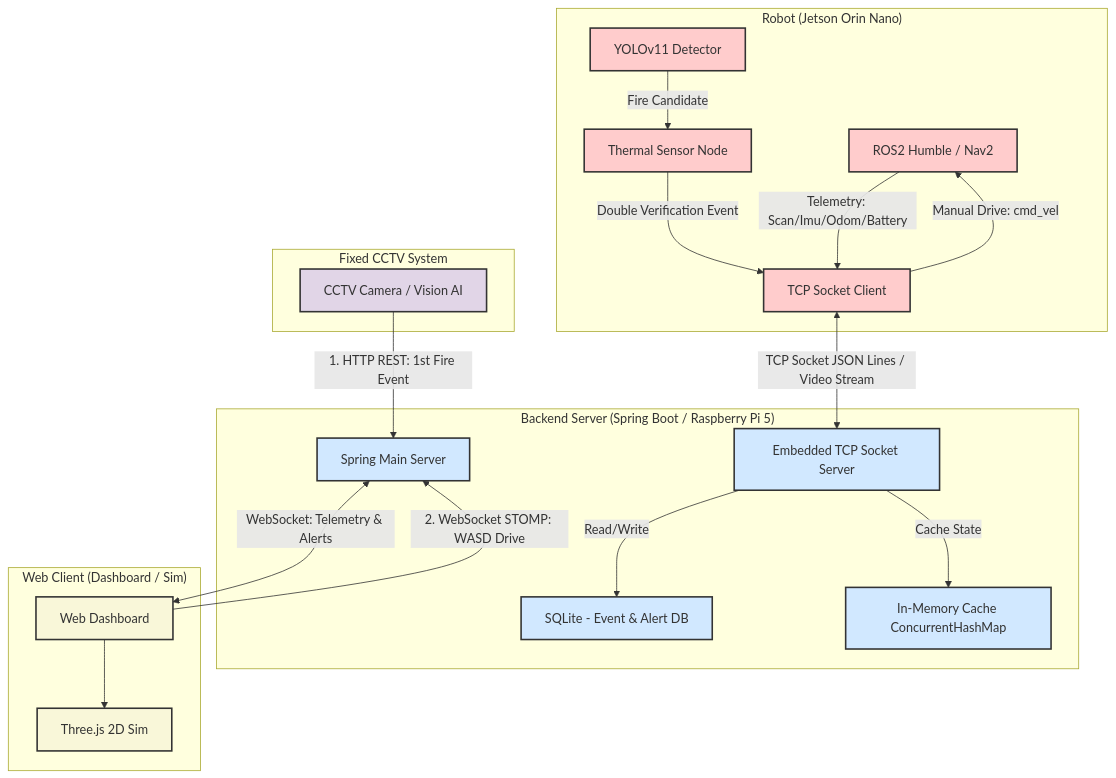
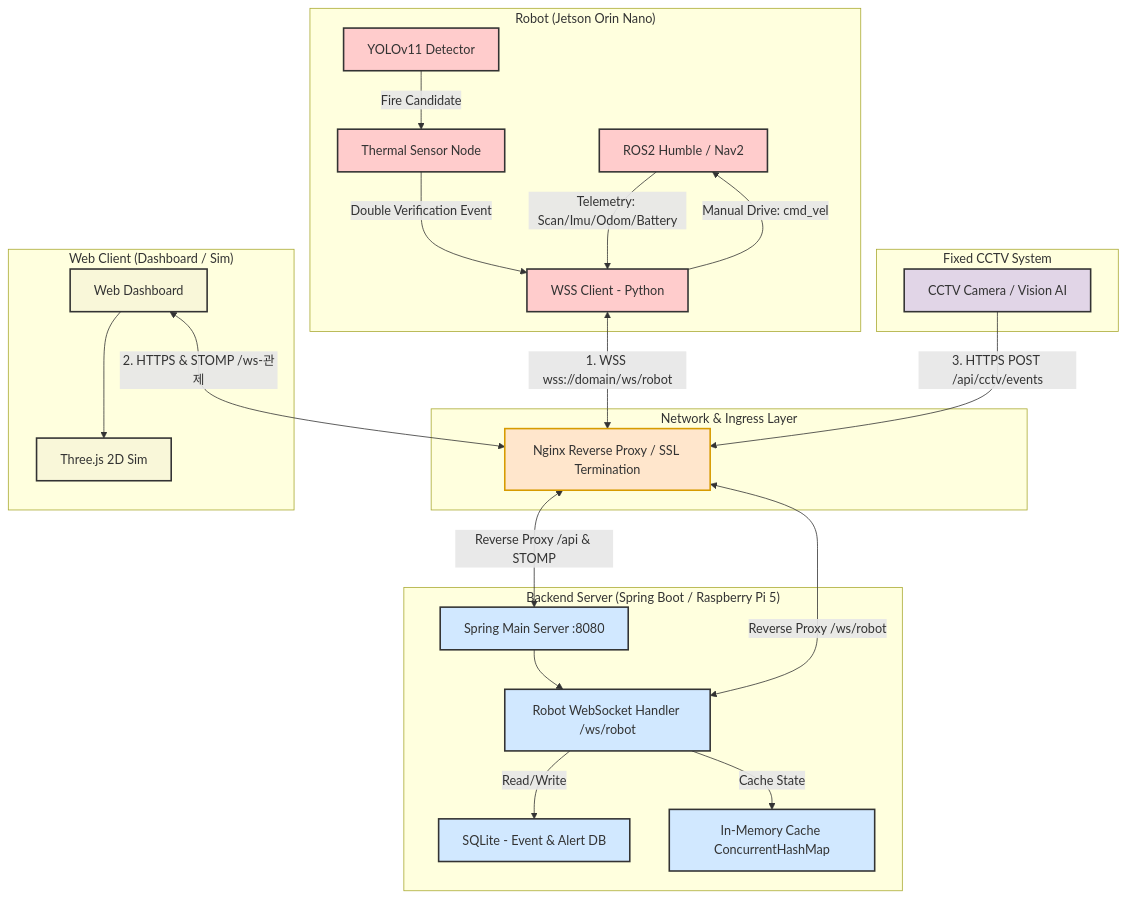
One commit to jinsung-mo/-BBIYONG-autonomous_driving_factory_patrol_robot changed the first of 2 diagrams in docs/architecture_and_api_spec.md. Above: the diagram before and after it, drawn with Mermaid. The commit also changed other lines of this file and 9 other files, not shown here.

Commit message:
[S15P11E101-281] feat: [BE] Spring Boot WSS 핸들러 구현 및 Nginx WSS 아키텍처 명세 반영

````diff
--- a/docs/architecture_and_api_spec.md
+++ b/docs/architecture_and_api_spec.md
@@ -13,49 +13,60 @@
 ```mermaid
 flowchart TD
     subgraph "Robot (Jetson Orin Nano)"
         ROS2[ROS2 Humble / Nav2]
         YOLO[YOLOv11 Detector]
         ThermalNode[Thermal Sensor Node]
-        SocketClient[TCP Socket Client]
+        WssClient[WSS Client - Python]
         
         YOLO -->|Fire Candidate| ThermalNode
-        ThermalNode -->|Double Verification Event| SocketClient
-        ROS2 -->|Telemetry: Scan/Imu/Odom/Battery| SocketClient
-        SocketClient -->|Manual Drive: cmd_vel| ROS2
+        ThermalNode -->|Double Verification Event| WssClient
+        ROS2 -->|Telemetry: Scan/Imu/Odom/Battery| WssClient
+        WssClient -->|Manual Drive: cmd_vel| ROS2
     end
 
     subgraph "Fixed CCTV System"
         CCTV[CCTV Camera / Vision AI]
     end
 
+    subgraph "Network & Ingress Layer"
+        Nginx[Nginx Reverse Proxy / SSL Termination]
+    end
+
     subgraph "Backend Server (Spring Boot / Raspberry Pi 5)"
-        Spring[Spring Main Server]
-        SocketServer[Embedded TCP Socket Server]
+        Spring[Spring Main Server :8080]
+        WssEndpoint[Robot WebSocket Handler /ws/robot]
         SQLite[SQLite - Event & Alert DB]
         InMemory[In-Memory Cache ConcurrentHashMap]
         
-        SocketClient <-->|TCP Socket JSON Lines / Video Stream| SocketServer
-        SocketServer -->|Read/Write| SQLite
-        SocketServer -->|Cache State| InMemory
-        CCTV -->|1. HTTP REST: 1st Fire Event| Spring
+        WssEndpoint -->|Read/Write| SQLite
+        WssEndpoint -->|Cache State| InMemory
+        Spring --> WssEndpoint
     end
 
     subgraph "Web Client (Dashboard / Sim)"
         WebClient[Web Dashboard]
         ThreeJS[Three.js 2D Sim]
         
-        Spring <-->|WebSocket: Telemetry & Alerts| WebClient
-        WebClient -->|2. WebSocket STOMP: WASD Drive| Spring
         WebClient --> ThreeJS
     end
+
+    %% Flow Connections via Nginx Ingress
+    WssClient <-->|1. WSS wss://domain/ws/robot| Nginx
+    WebClient <-->|2. HTTPS & STOMP /ws-관제| Nginx
+    CCTV -->|3. HTTPS POST /api/cctv/events| Nginx
+    
+    Nginx <-->|Reverse Proxy /ws/robot| WssEndpoint
+    Nginx <-->|Reverse Proxy /api & STOMP| Spring
 
     classDef robot fill:#ffcccc,stroke:#333,stroke-width:2px,color:#333
     classDef backend fill:#d1e8ff,stroke:#333,stroke-width:2px,color:#333
     classDef web fill:#f9f7d9,stroke:#333,stroke-width:2px,color:#333
     classDef cctv fill:#e1d5e7,stroke:#333,stroke-width:2px,color:#333
+    classDef ingress fill:#ffe6cc,stroke:#d79b00,stroke-width:2px,color:#333
 
-    class ROS2,YOLO,ThermalNode,SocketClient robot
-    class Spring,SocketServer,SQLite,InMemory backend
+    class ROS2,YOLO,ThermalNode,WssClient robot
+    class Spring,WssEndpoint,SQLite,InMemory backend
     class WebClient,ThreeJS web
     class CCTV cctv
+    class Nginx ingress
 ```
````
